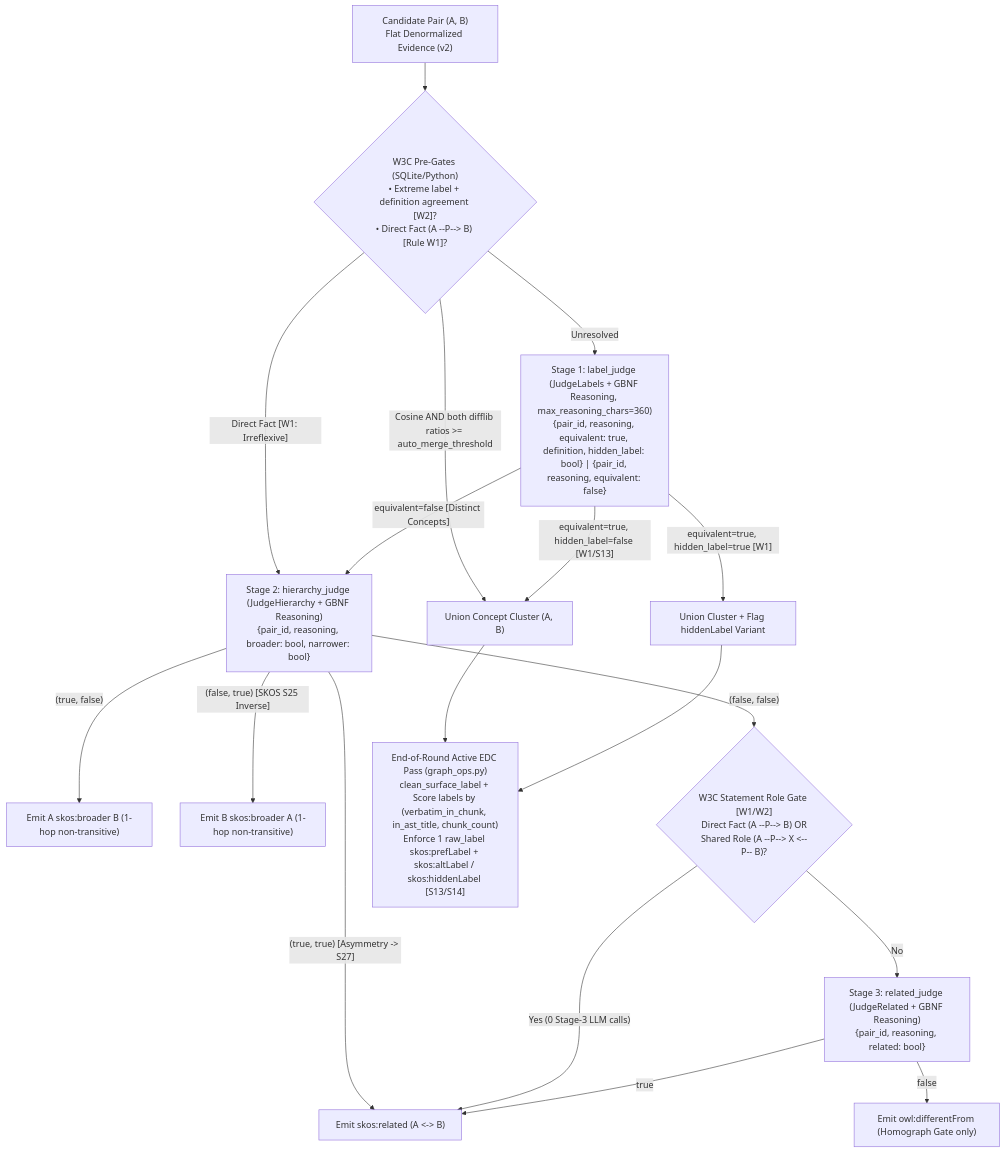
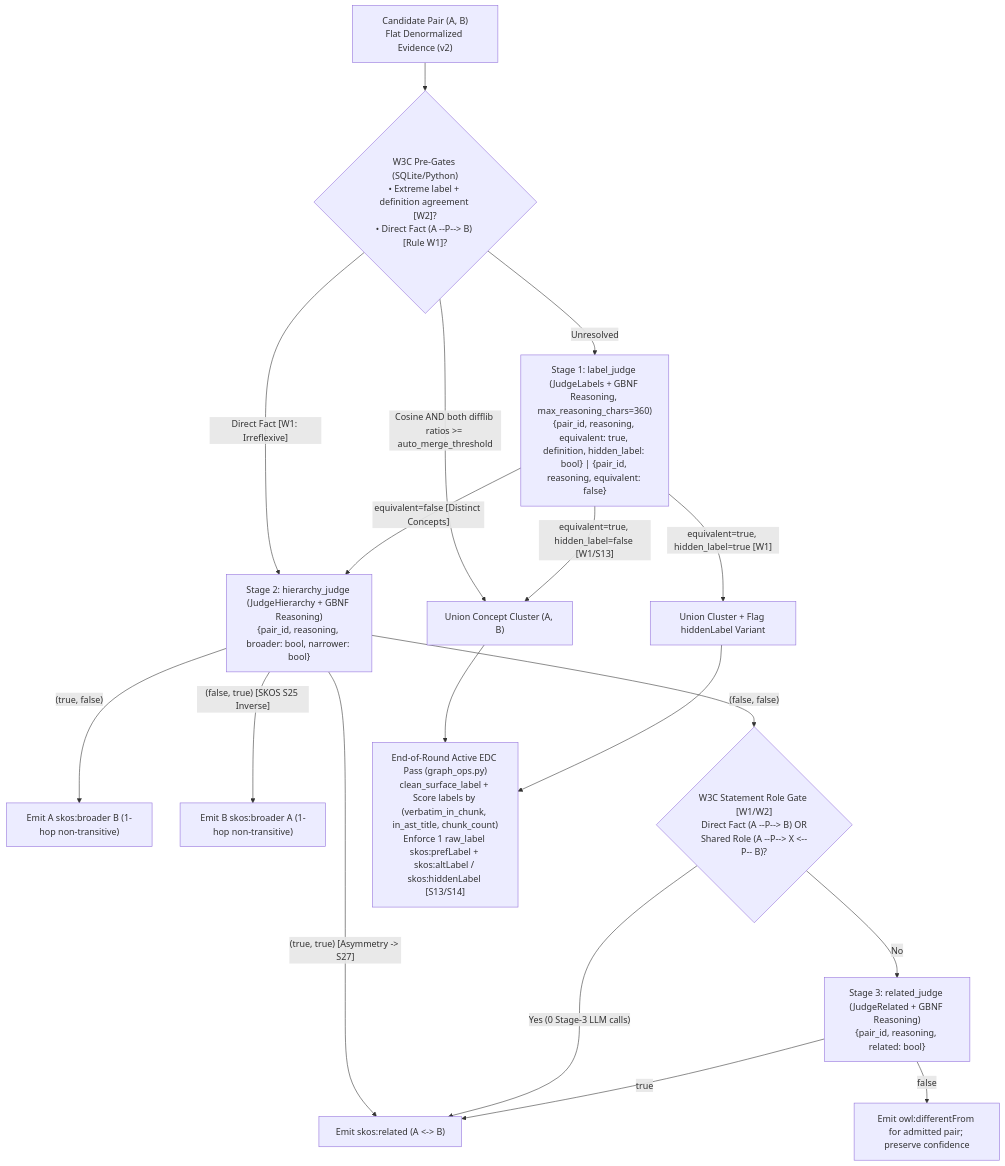
The first of 2 diagrams in docs/w3c-improvements.md (negatrait/yaw), drawn with Mermaid before and after one commit. The commit also changed other lines of this file and 44 other files, not shown here.

````diff
--- a/docs/w3c-improvements.md
+++ b/docs/w3c-improvements.md
@@ -42,20 +42,20 @@
 ```mermaid
 flowchart TD
     P["Candidate Pair (A, B)\nFlat Denormalized Evidence (v2)"] --> W0{"W3C Pre-Gates (SQLite/Python)\n• Extreme label + definition agreement [W2]?\n• Direct Fact (A --P--> B) [Rule W1]?"}
     W0 -- "Cosine AND both difflib ratios >= auto_merge_threshold" --> MERGE["Union Concept Cluster (A, B)"]
     W0 -- "Direct Fact [W1: Irreflexive]" --> S2
     W0 -- "Unresolved" --> S1["Stage 1: label_judge (JudgeLabels + GBNF Reasoning, max_reasoning_chars=360)\n{pair_id, reasoning, equivalent: true, definition, hidden_label: bool} | {pair_id, reasoning, equivalent: false}"]
     S1 -- "equivalent=true, hidden_label=false [W1/S13]" --> MERGE
     S1 -- "equivalent=true, hidden_label=true [W1]" --> MERGE_H["Union Cluster + Flag hiddenLabel Variant"]
     S1 -- "equivalent=false [Distinct Concepts]" --> S2["Stage 2: hierarchy_judge (JudgeHierarchy + GBNF Reasoning)\n{pair_id, reasoning, broader: bool, narrower: bool}"]
     S2 -- "(true, false)" --> E_AB["Emit A skos:broader B (1-hop non-transitive)"]
     S2 -- "(false, true) [SKOS S25 Inverse]" --> E_BA["Emit B skos:broader A (1-hop non-transitive)"]
     S2 -- "(true, true) [Asymmetry -> S27]" --> E_REL["Emit skos:related (A <-> B)"]
     S2 -- "(false, false)" --> W2{"W3C Statement Role Gate [W1/W2]\nDirect Fact (A --P--> B) OR\nShared Role (A --P--> X <--P-- B)?"}
     W2 -- "Yes (0 Stage-3 LLM calls)" --> E_REL
     W2 -- "No" --> S3["Stage 3: related_judge (JudgeRelated + GBNF Reasoning)\n{pair_id, reasoning, related: bool}"]
     S3 -- "true" --> E_REL
-    S3 -- "false" --> E_DIFF["Emit owl:differentFrom (Homograph Gate only)"]
+    S3 -- "false" --> E_DIFF["Emit owl:differentFrom for admitted pair; preserve confidence"]
     MERGE --> EDC["End-of-Round Active EDC Pass (graph_ops.py)\nclean_surface_label + Score labels by (verbatim_in_chunk, in_ast_title, chunk_count)\nEnforce 1 raw_label skos:prefLabel + skos:altLabel / skos:hiddenLabel [S13/S14]"]
     MERGE_H --> EDC
 ```
````
